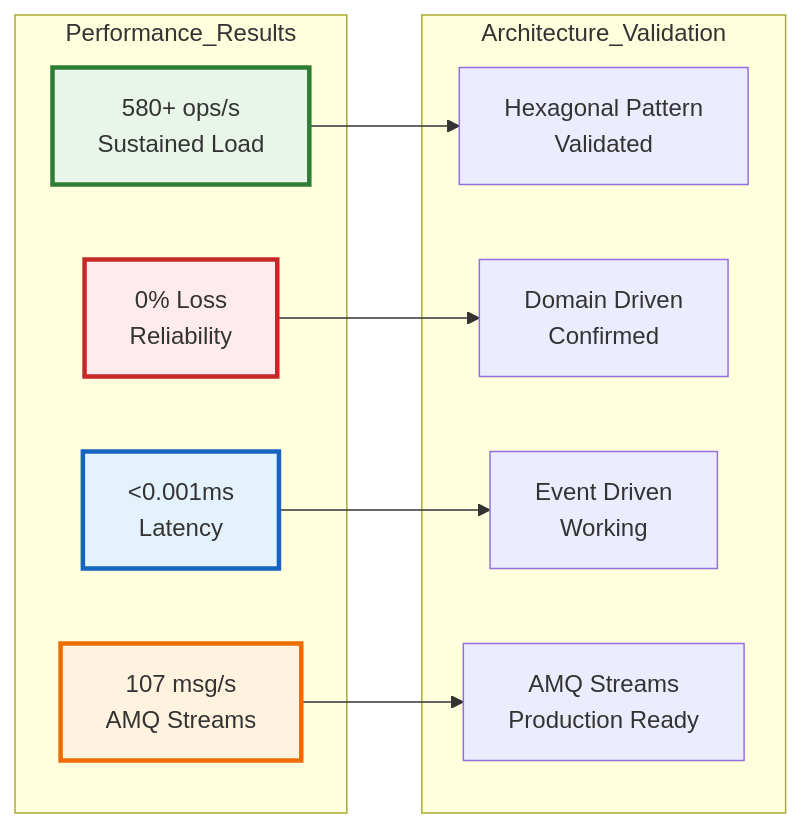
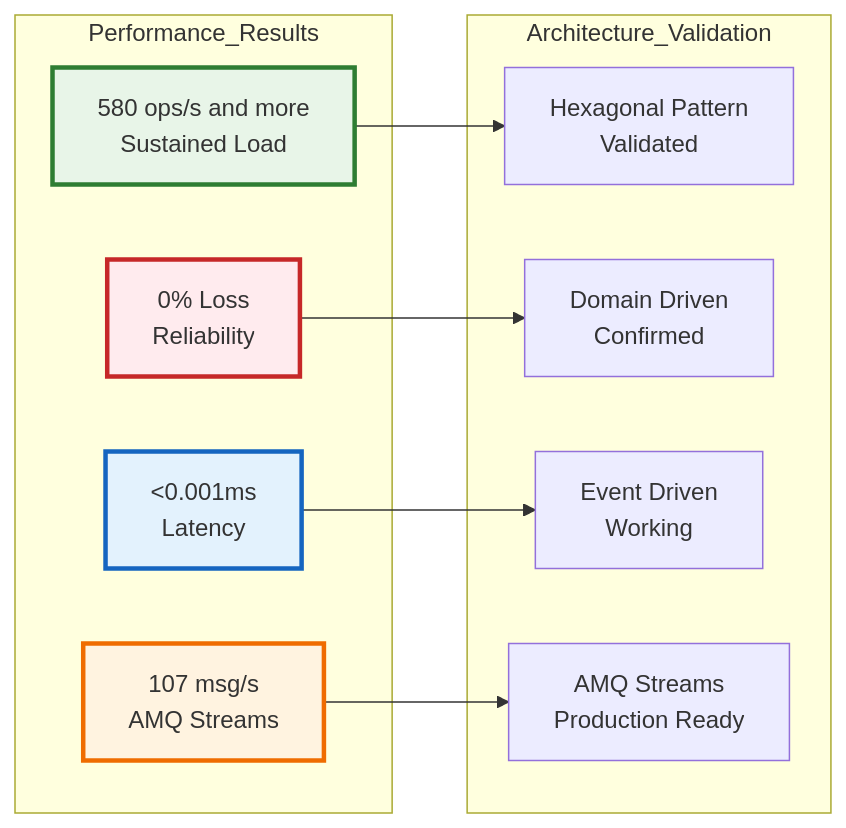
The diagram in docs/RESUMO_ATUALIZACOES_ARQUITETURA.md (italo-costa/estudosKBNT_Kafka_Logs_V2_cleanCode), drawn with Mermaid before and after one commit. The commit also changed 3 other files, not shown here.

First line of the commit message:
fix: resolve Mermaid diagram rendering issues by removing problematic characters

````diff
--- a/docs/RESUMO_ATUALIZACOES_ARQUITETURA.md
+++ b/docs/RESUMO_ATUALIZACOES_ARQUITETURA.md
@@ -70,26 +70,26 @@
 ```mermaid
 graph LR
     subgraph "Performance_Results"
-        OPS["580+ ops/s<br/>Sustained Load"]
+        OPS["580 ops/s and more<br/>Sustained Load"]
         MSG["107 msg/s<br/>AMQ Streams"]
         LAT["<0.001ms<br/>Latency"]
         REL["0% Loss<br/>Reliability"]
     end
     
     subgraph "Architecture_Validation"
         HEX["Hexagonal Pattern<br/>Validated"]
         DDD["Domain Driven<br/>Confirmed"]  
         EVENT["Event Driven<br/>Working"]
         KAFKA["AMQ Streams<br/>Production Ready"]
     end
     
     OPS --> HEX
     MSG --> KAFKA
     LAT --> EVENT
     REL --> DDD
     
     style OPS fill:#e8f5e8,stroke:#2e7d32,stroke-width:3px
     style MSG fill:#fff3e0,stroke:#ef6c00,stroke-width:3px
     style LAT fill:#e3f2fd,stroke:#1565c0,stroke-width:3px
     style REL fill:#ffebee,stroke:#c62828,stroke-width:3px
 ```
````
